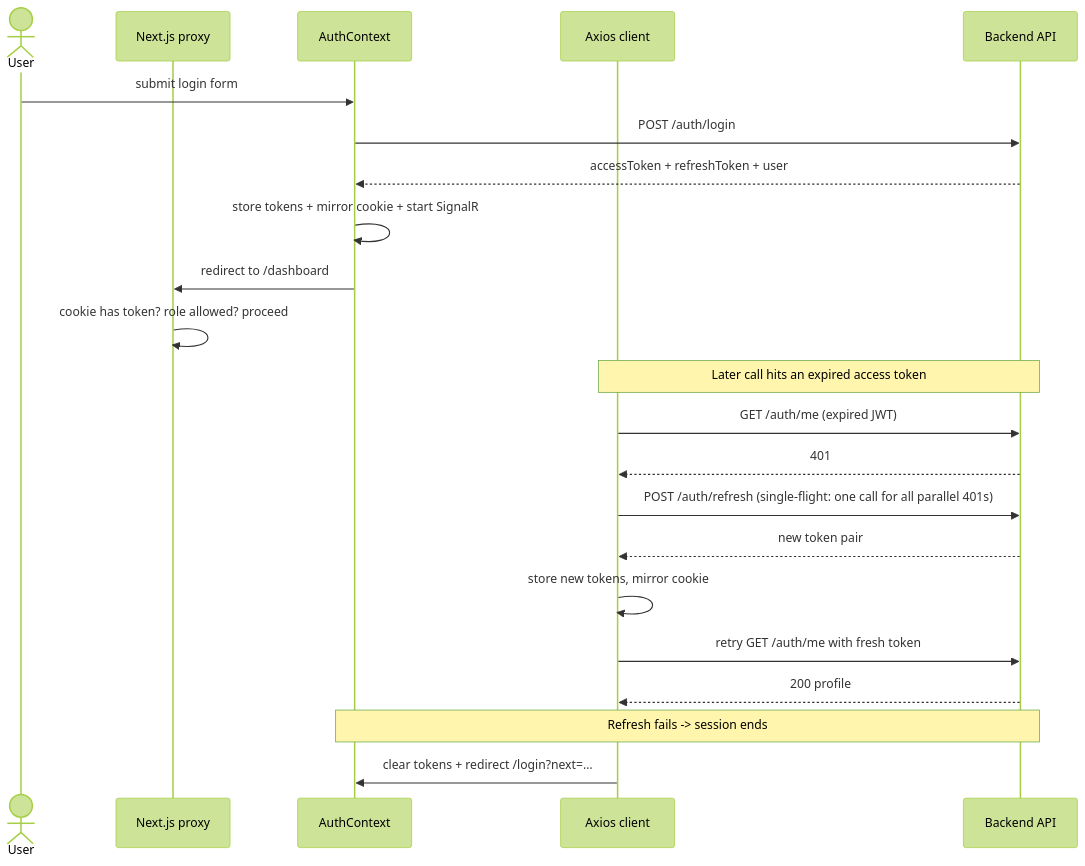
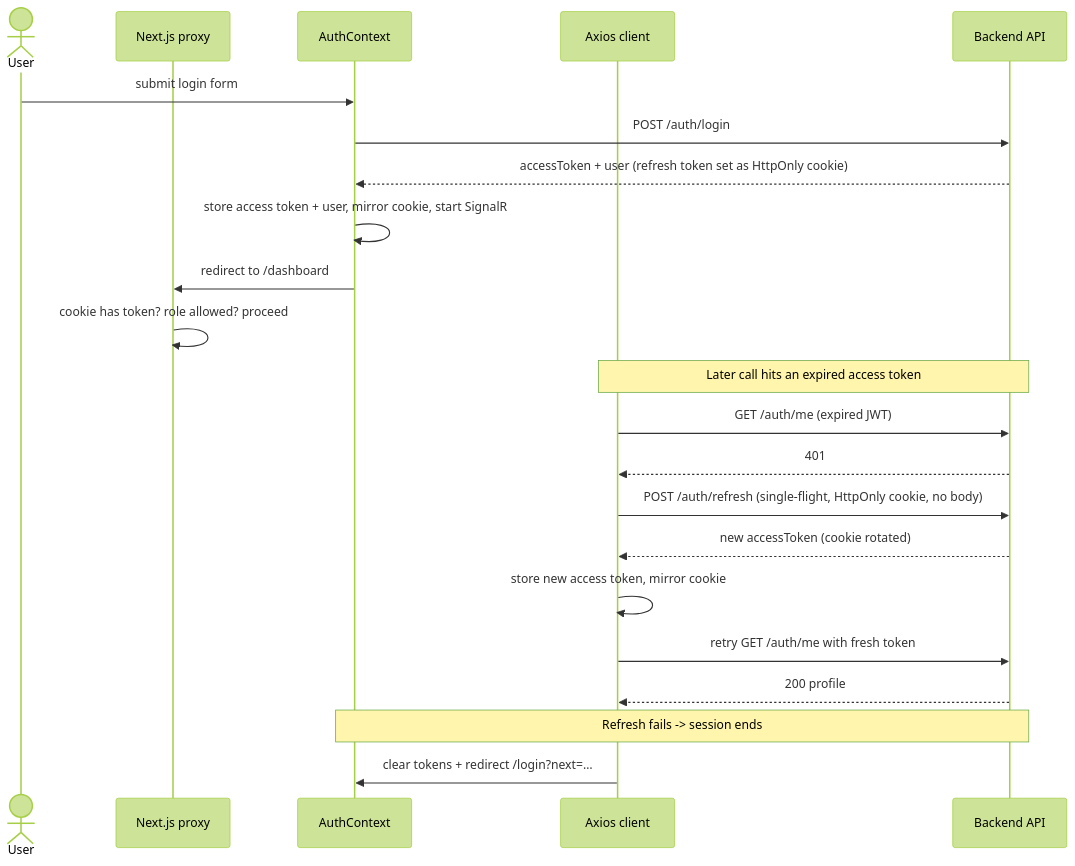
One commit to morshedmilton/TicketDeskPro-Client changed the second of 3 diagrams in README.md. Above: the diagram before and after it, drawn with Mermaid (forest theme).

Commit message:
Update auth flow diagram for the HttpOnly refresh cookie

````diff
--- a/README.md
+++ b/README.md
@@ -125,27 +125,27 @@
 ```mermaid
 sequenceDiagram
     actor U as User
     participant MW as Next.js proxy
     participant APP as AuthContext
     participant API as Axios client
     participant BE as Backend API
 
     U->>APP: submit login form
     APP->>BE: POST /auth/login
-    BE-->>APP: accessToken + refreshToken + user
-    APP->>APP: store tokens + mirror cookie + start SignalR
+    BE-->>APP: accessToken + user (refresh token set as HttpOnly cookie)
+    APP->>APP: store access token + user, mirror cookie, start SignalR
     APP->>MW: redirect to /dashboard
     MW->>MW: cookie has token? role allowed? proceed
 
     Note over API,BE: Later call hits an expired access token
     API->>BE: GET /auth/me (expired JWT)
     BE-->>API: 401
-    API->>BE: POST /auth/refresh (single-flight: one call for all parallel 401s)
-    BE-->>API: new token pair
-    API->>API: store new tokens, mirror cookie
+    API->>BE: POST /auth/refresh (single-flight, HttpOnly cookie, no body)
+    BE-->>API: new accessToken (cookie rotated)
+    API->>API: store new access token, mirror cookie
     API->>BE: retry GET /auth/me with fresh token
     BE-->>API: 200 profile
 
     Note over APP,BE: Refresh fails -> session ends
     API->>APP: clear tokens + redirect /login?next=…
 ```
````
